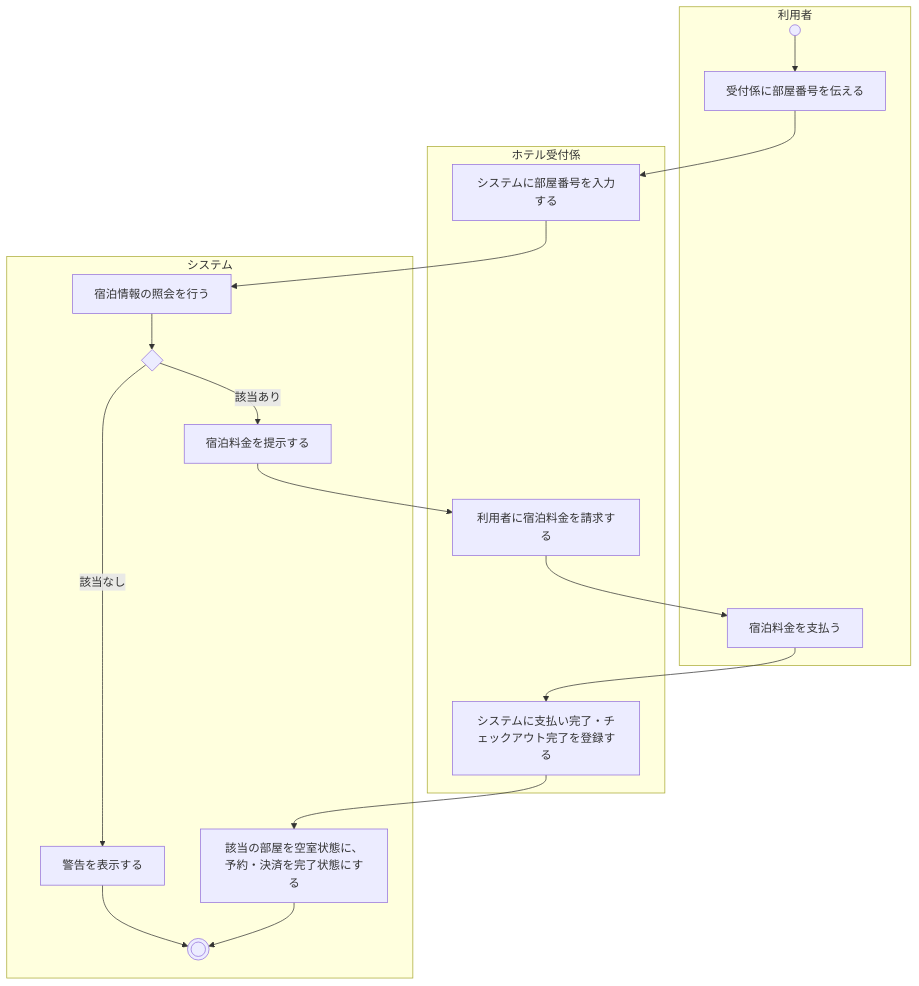
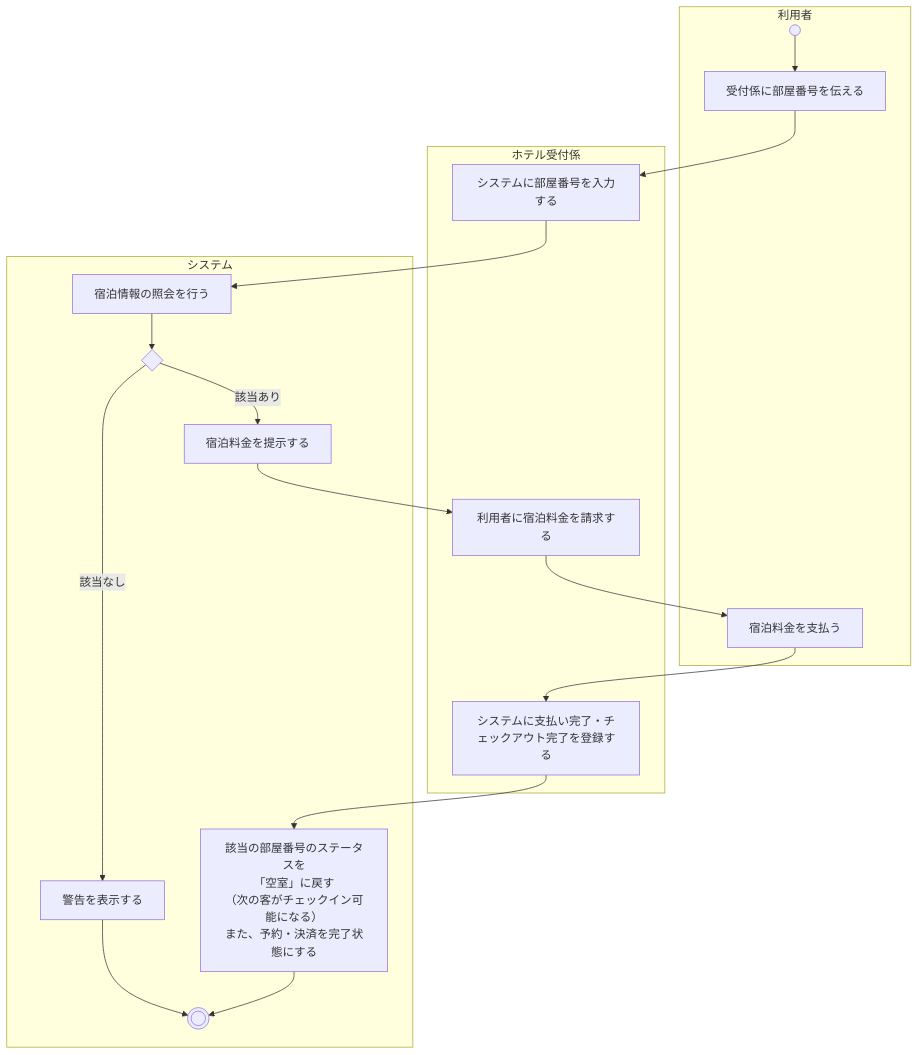
One commit to Kohki-tyl/HRS changed the fourth of 4 diagrams in Requirements_Analysis.md. Above: the diagram before and after it, drawn with Mermaid. The commit also changed other lines of this file and 1 other file, not shown here.

````diff
--- a/Requirements_Analysis.md
+++ b/Requirements_Analysis.md
@@ -244,37 +251,39 @@
 ```mermaid
 flowchart TD
     subgraph U[利用者]
         A0(( )) --> U1[受付係に部屋番号を伝える]
         U2[宿泊料金を支払う]
     end
 
     subgraph C[ホテル受付係]
         C1[システムに部屋番号を入力する]
         C2[利用者に宿泊料金を請求する]
         C3[システムに支払い完了・チェックアウト完了を登録する]
     end
 
     subgraph S[システム]
         S1[宿泊情報の照会を行う]
         S2{ }
         S3[宿泊料金を提示する]
         S4[警告を表示する]
-        S5["該当の部屋を空室状態に、<br/>予約・決済を完了状態にする"] --> A1((( )))
+        
+        %% 日付管理用の表現に修正
+        S5["該当の部屋番号のステータスを<br/>「空室」に戻す<br/>（次の客がチェックイン可能になる）<br/>また、予約・決済を完了状態にする"] --> A1((( )))
     end
 
     %% コントロールフロー
     U1 --> C1
     C1 --> S1
     S1 --> S2
 
     %% 条件分岐：該当ありルート
     S2 -->|該当あり| S3
     S3 --> C2
     C2 --> U2
     U2 --> C3
     C3 --> S5
 
     %% 条件分岐：該当なしルート
     S2 -->|該当なし| S4
     S4 --> A1
 ```
````
